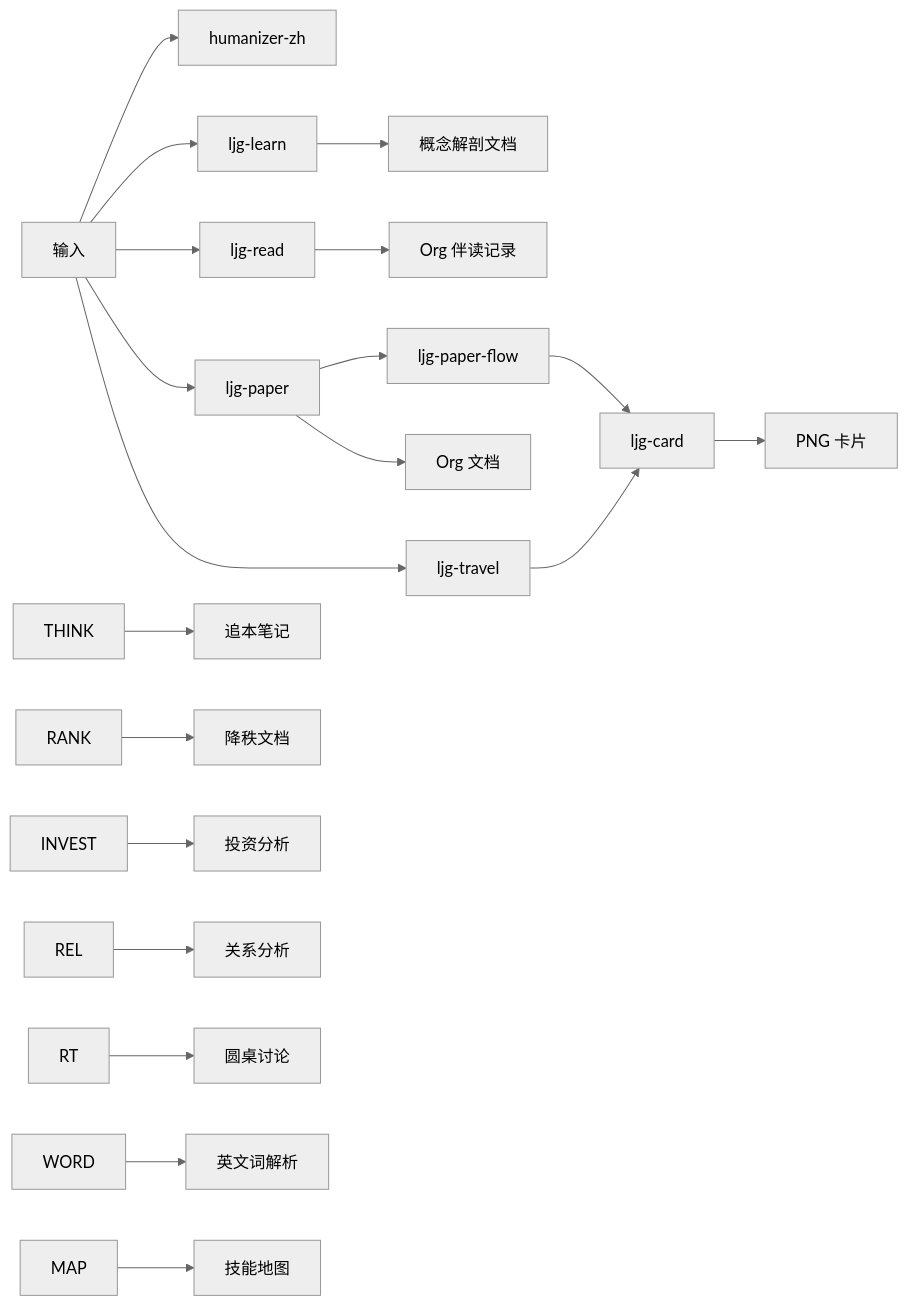
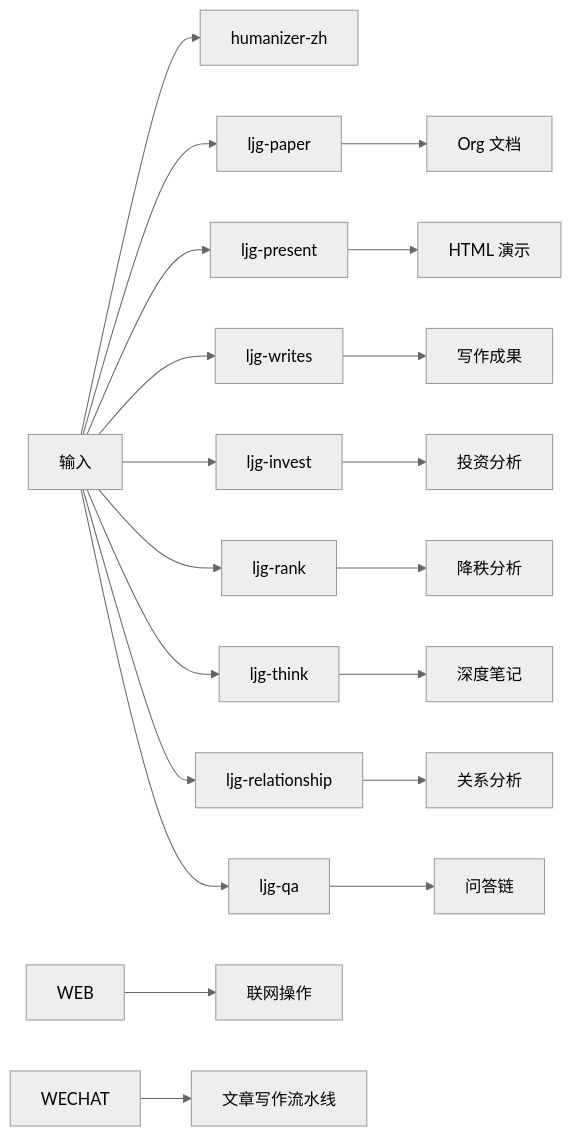
Diagram 12 of 12 in .qoder/repowiki/zh/content/AI 技能系统/专用技能.md (NTLx/ntlx.github.io), drawn with Mermaid (neutral theme) before and after one commit. The commit also changed other lines of this file and 8 other files, not shown here.

````diff
--- a/.qoder/repowiki/zh/content/AI 技能系统/专用技能.md
+++ b/.qoder/repowiki/zh/content/AI 技能系统/专用技能.md
@@ -510,22 +400,22 @@
 ```mermaid
 graph LR
 Input["输入"] --> HZ["humanizer-zh"]
-Input --> LEARN["ljg-learn"]
-Input --> READ["ljg-read"]
 Input --> PAPER["ljg-paper"]
-Input --> TRAVEL["ljg-travel"]
-PAPER --> PFLOW["ljg-paper-flow"]
-PFLOW --> CARD["ljg-card"]
-TRAVEL --> CARD
-CARD --> Output["PNG 卡片"]
-PAPER --> Output2["Org 文档"]
-READ --> Output3["Org 伴读记录"]
-LEARN --> Output4["概念解剖文档"]
-THINK --> Output5["追本笔记"]
-RANK --> Output6["降秩文档"]
-INVEST --> Output7["投资分析"]
-REL --> Output8["关系分析"]
-RT --> Output9["圆桌讨论"]
-WORD --> Output10["英文词解析"]
-MAP --> Output11["技能地图"]
+Input --> PRESENT["ljg-present"]
+Input --> WRITES["ljg-writes"]
+Input --> INVEST["ljg-invest"]
+Input --> RANK["ljg-rank"]
+Input --> TH["ljg-think"]
+Input --> REL["ljg-relationship"]
+Input --> QA["ljg-qa"]
+PAPER --> OUTPUT1["Org 文档"]
+PRESENT --> OUTPUT2["HTML 演示"]
+WRITES --> OUTPUT3["写作成果"]
+INVEST --> OUTPUT4["投资分析"]
+RANK --> OUTPUT5["降秩分析"]
+TH --> OUTPUT6["深度笔记"]
+REL --> OUTPUT7["关系分析"]
+QA --> OUTPUT8["问答链"]
+WEB --> ACCESS["联网操作"]
+WECHAT --> PIPELINE["文章写作流水线"]
 ```
````
